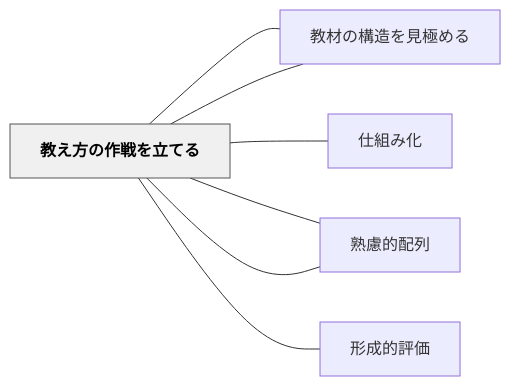
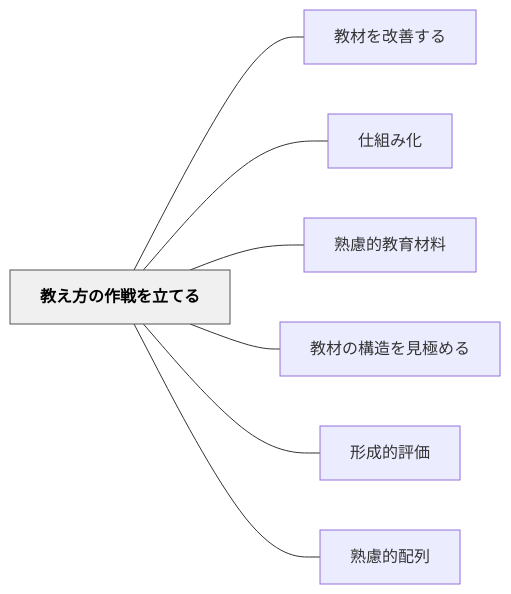
One commit to unknownthings-ed-patterns/unknownthings-ed-patterns changed the diagram in content/パタン/教え方の作戦を立てる.md. Above: the diagram before and after it, drawn with Mermaid. The commit also changed 527 other files, not shown here.

````diff
--- a/content/パタン/教え方の作戦を立てる.md
+++ b/content/パタン/教え方の作戦を立てる.md
@@ -46,20 +46,20 @@
 ```mermaid
 flowchart LR
-    ne69599e38188["教え方の作戦を立てる"]
-    ne69599e69d90["教材を改善する"]
-    ne4bb95e7b584["仕組み化"]
-    ne7869fe685ae["熟慮的教育材料"]
-    ne69599e69d90["教材の構造を見極める"]
-    ne5bda2e68890["形成的評価"]
-    ne7869fe685ae["熟慮的配列"]
+    ne69599e38188e696b9e381aee4bd9ce688a6e38292e7ab8be381a6e3828b["教え方の作戦を立てる"]
+    ne69599e69d90e38292e694b9e59684e38199e3828b["教材を改善する"]
+    ne4bb95e7b584e381bfe58c96["仕組み化"]
+    ne7869fe685aee79a84e69599e882b2e69d90e69699["熟慮的教育材料"]
+    ne69599e69d90e381aee6a78be980a0e38292e8a68be6a5b5e38281e3828b["教材の構造を見極める"]
+    ne5bda2e68890e79a84e8a995e4bea1["形成的評価"]
+    ne7869fe685aee79a84e9858de58897["熟慮的配列"]
 
-    ne69599e38188 --- ne69599e69d90
-    ne69599e38188 --- ne4bb95e7b584
-    ne69599e38188 --- ne7869fe685ae
-    ne69599e38188 --- ne69599e69d90
-    ne69599e38188 --- ne5bda2e68890
-    ne69599e38188 --- ne7869fe685ae
+    ne69599e38188e696b9e381aee4bd9ce688a6e38292e7ab8be381a6e3828b --- ne69599e69d90e38292e694b9e59684e38199e3828b
+    ne69599e38188e696b9e381aee4bd9ce688a6e38292e7ab8be381a6e3828b --- ne4bb95e7b584e381bfe58c96
+    ne69599e38188e696b9e381aee4bd9ce688a6e38292e7ab8be381a6e3828b --- ne7869fe685aee79a84e69599e882b2e69d90e69699
+    ne69599e38188e696b9e381aee4bd9ce688a6e38292e7ab8be381a6e3828b --- ne69599e69d90e381aee6a78be980a0e38292e8a68be6a5b5e38281e3828b
+    ne69599e38188e696b9e381aee4bd9ce688a6e38292e7ab8be381a6e3828b --- ne5bda2e68890e79a84e8a995e4bea1
+    ne69599e38188e696b9e381aee4bd9ce688a6e38292e7ab8be381a6e3828b --- ne7869fe685aee79a84e9858de58897
 
     classDef hub fill:#f0f0f0,stroke:#555,color:#000,font-weight:bold
-    class ne69599e38188 hub
+    class ne69599e38188e696b9e381aee4bd9ce688a6e38292e7ab8be381a6e3828b hub
 ```
````
